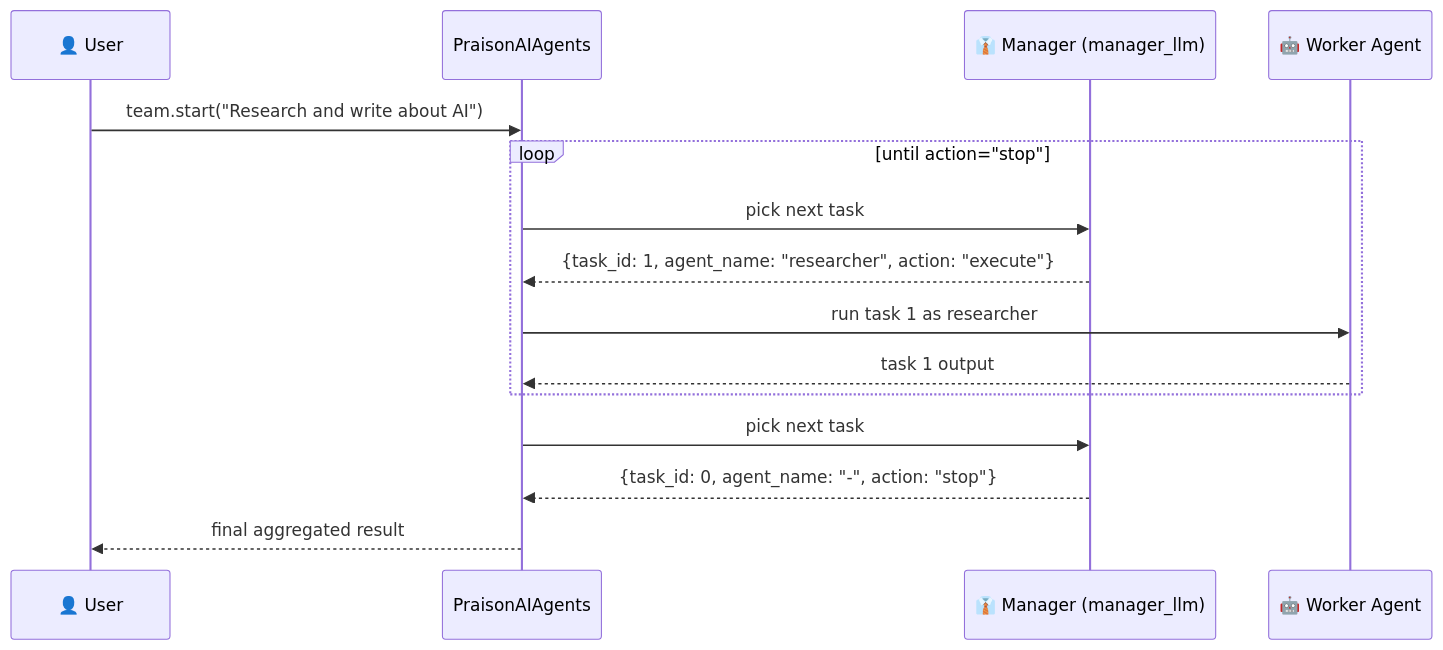
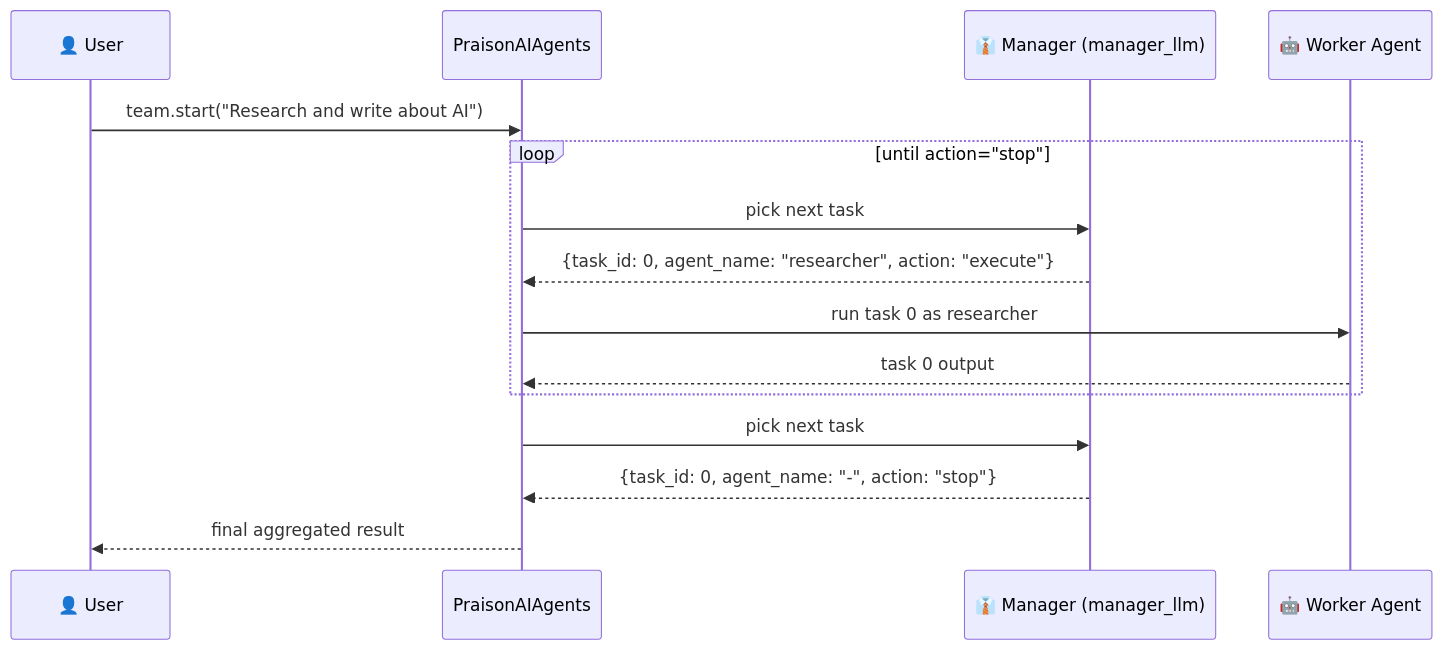
Before and after one commit to MervinPraison/PraisonAIDocs: the third of 4 diagrams in docs/features/hierarchical-process.mdx, drawn with Mermaid. The commit also changed other lines of this file, not shown here.

Commit message:
docs: correct hierarchical task_id to 0-based + document synthetic manager_task rejection (fixes #2689)

````diff
--- a/docs/features/hierarchical-process.mdx
+++ b/docs/features/hierarchical-process.mdx
@@ -113,18 +113,18 @@
 ```mermaid
 sequenceDiagram
     participant U as 👤 User
     participant T as PraisonAIAgents
     participant M as 👔 Manager (manager_llm)
     participant A as 🤖 Worker Agent
 
     U->>T: team.start("Research and write about AI")
     loop until action="stop"
         T->>M: pick next task
-        M-->>T: {task_id: 1, agent_name: "researcher", action: "execute"}
-        T->>A: run task 1 as researcher
-        A-->>T: task 1 output
+        M-->>T: {task_id: 0, agent_name: "researcher", action: "execute"}
+        T->>A: run task 0 as researcher
+        A-->>T: task 0 output
     end
     T->>M: pick next task
     M-->>T: {task_id: 0, agent_name: "-", action: "stop"}
     T-->>U: final aggregated result
 ```
````
